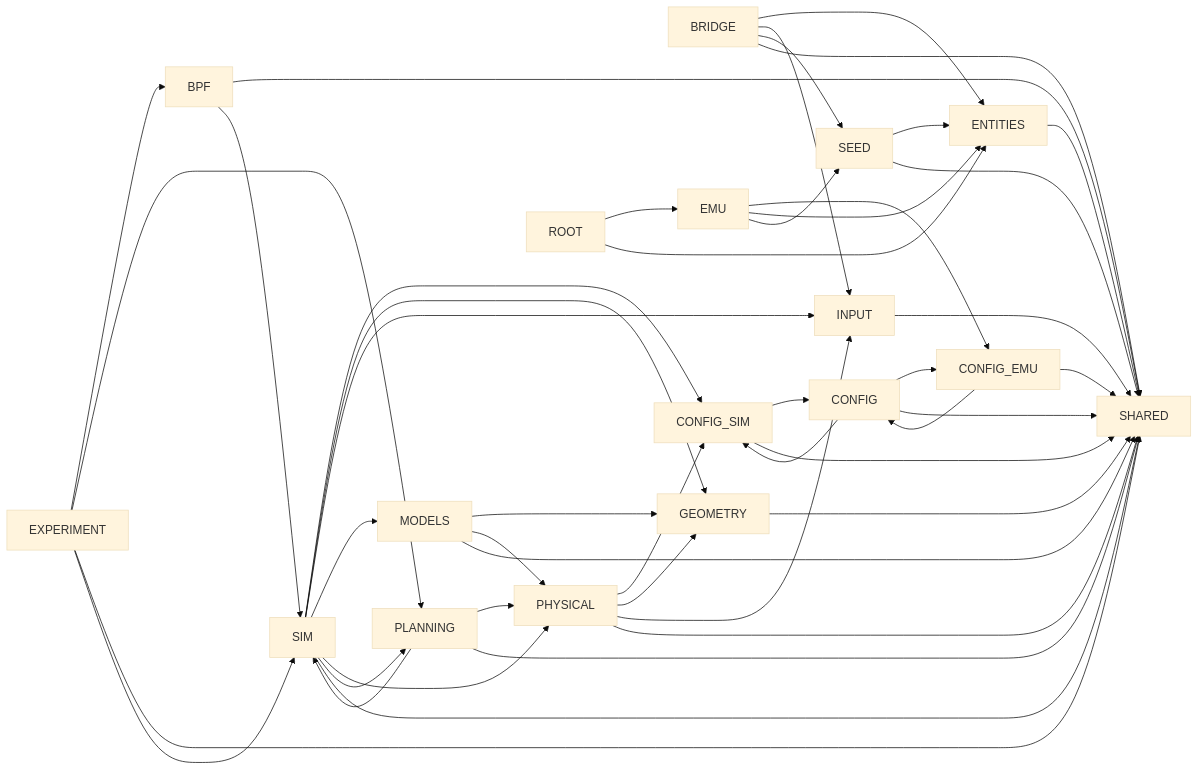
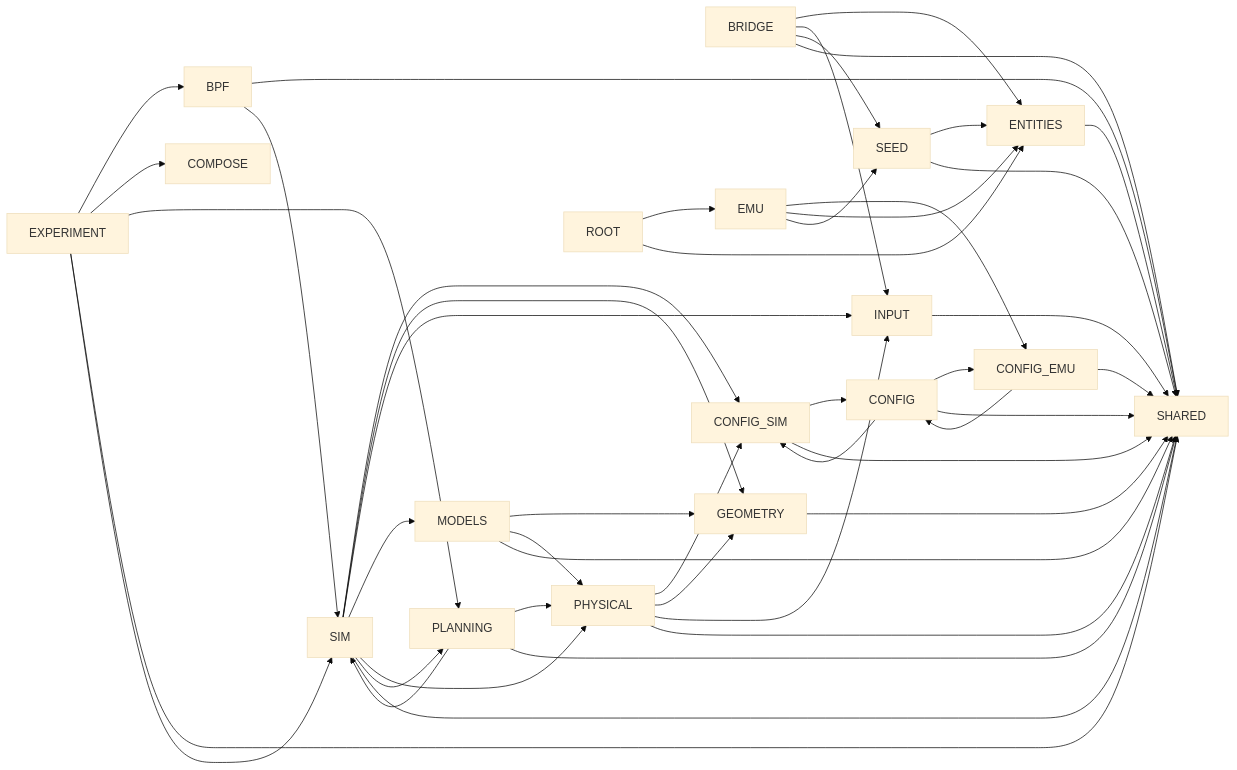
Before and after one commit to seed-labs/skyseed: the diagram in skyseed_v2/docs/human-readable/repository-map.md, drawn with Mermaid (base theme). The commit also changed other lines of this file and 178 other files, not shown here.

````diff
--- a/skyseed_v2/docs/human-readable/repository-map.md
+++ b/skyseed_v2/docs/human-readable/repository-map.md
@@ -81,47 +81,48 @@
 ```mermaid
 flowchart LR
     BPF --> SHARED
     BPF --> SIM
     BRIDGE --> ENTITIES
     BRIDGE --> INPUT
     BRIDGE --> SEED
     BRIDGE --> SHARED
     CONFIG --> CONFIG_EMU
     CONFIG --> CONFIG_SIM
     CONFIG --> SHARED
     CONFIG_EMU --> CONFIG
     CONFIG_EMU --> SHARED
     CONFIG_SIM --> CONFIG
     CONFIG_SIM --> SHARED
     EMU --> CONFIG_EMU
     EMU --> ENTITIES
     EMU --> SEED
     ENTITIES --> SHARED
     EXPERIMENT --> BPF
+    EXPERIMENT --> COMPOSE
     EXPERIMENT --> PLANNING
     EXPERIMENT --> SHARED
     EXPERIMENT --> SIM
     GEOMETRY --> SHARED
     INPUT --> SHARED
     MODELS --> GEOMETRY
     MODELS --> PHYSICAL
     MODELS --> SHARED
     PHYSICAL --> CONFIG_SIM
     PHYSICAL --> GEOMETRY
     PHYSICAL --> INPUT
     PHYSICAL --> SHARED
     PLANNING --> PHYSICAL
     PLANNING --> SHARED
     PLANNING --> SIM
     ROOT --> EMU
     ROOT --> ENTITIES
     SEED --> ENTITIES
     SEED --> SHARED
     SIM --> CONFIG_SIM
     SIM --> GEOMETRY
     SIM --> INPUT
     SIM --> MODELS
     SIM --> PHYSICAL
     SIM --> PLANNING
     SIM --> SHARED
 ```
````
